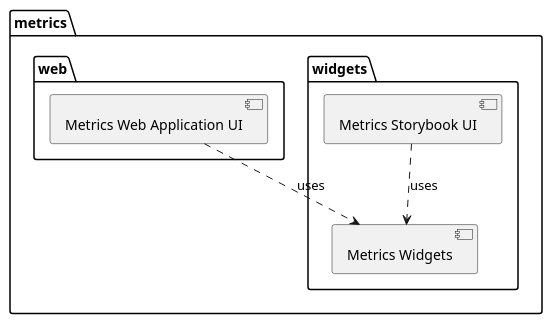
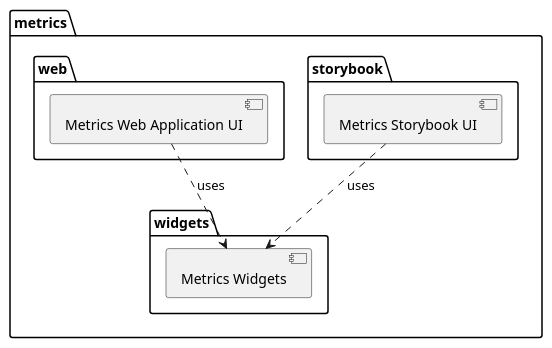
One commit to Flank/flank-dashboard changed the diagram in metrics/web/docs/features/storybook/diagrams/metrics_storybook_web_relation_diagram.puml. Above: the diagram before and after it, drawn with PlantUML. The commit also changed 1 other file, not shown here.

```diff
--- a/metrics/web/docs/features/storybook/diagrams/metrics_storybook_web_relation_diagram.puml
+++ b/metrics/web/docs/features/storybook/diagrams/metrics_storybook_web_relation_diagram.puml
@@ -1,13 +1,16 @@
 @startuml metrics_storybook_web_relation_diagram
 
 package "metrics" {
   package "widgets" {  
+    [Metrics Widgets]
+  }
+  package "storybook" {
     [Metrics Storybook UI] ..> [Metrics Widgets] : uses
   }
 
   package "web" {
     [Metrics Web Application UI] ..> [Metrics Widgets] : uses
   }
 }
 
 @enduml
```
